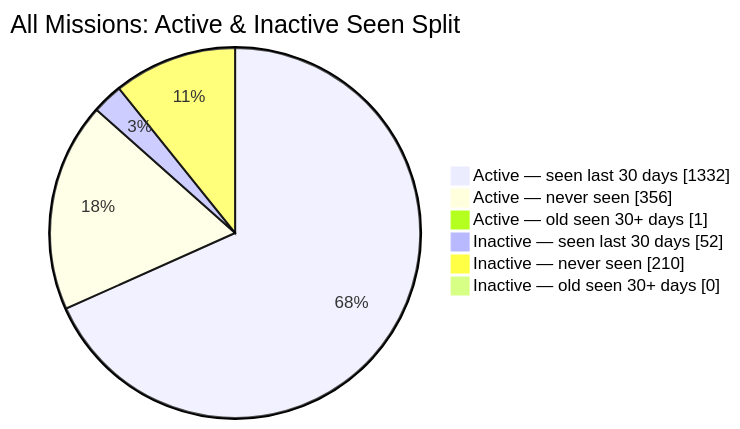
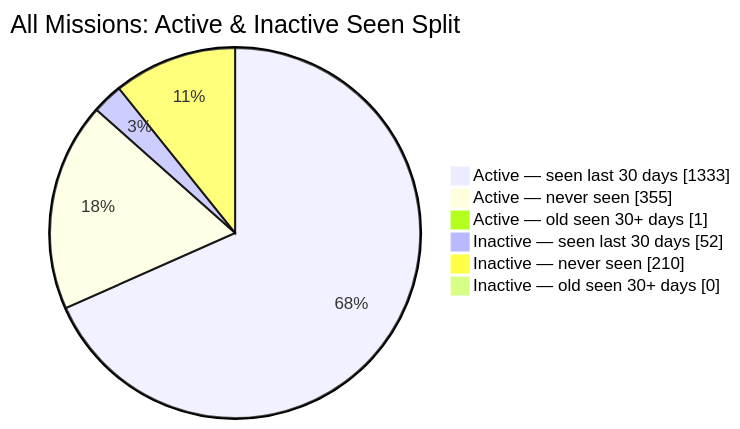
Before and after one commit to MeldkamerspelGameTeam/active-missions: the second of 2 diagrams in README.md, drawn with Mermaid. The commit also changed other lines of this file and 3 other files, not shown here.

````diff
--- a/README.md
+++ b/README.md
@@ -44,10 +44,10 @@
 ```mermaid
 pie showData
     title All Missions: Active & Inactive Seen Split
-    "Active — seen last 30 days" : 1332
-    "Active — never seen" : 356
+    "Active — seen last 30 days" : 1333
+    "Active — never seen" : 355
     "Active — old seen 30+ days" : 1
     "Inactive — seen last 30 days" : 52
     "Inactive — never seen" : 210
     "Inactive — old seen 30+ days" : 0
 ```
````
